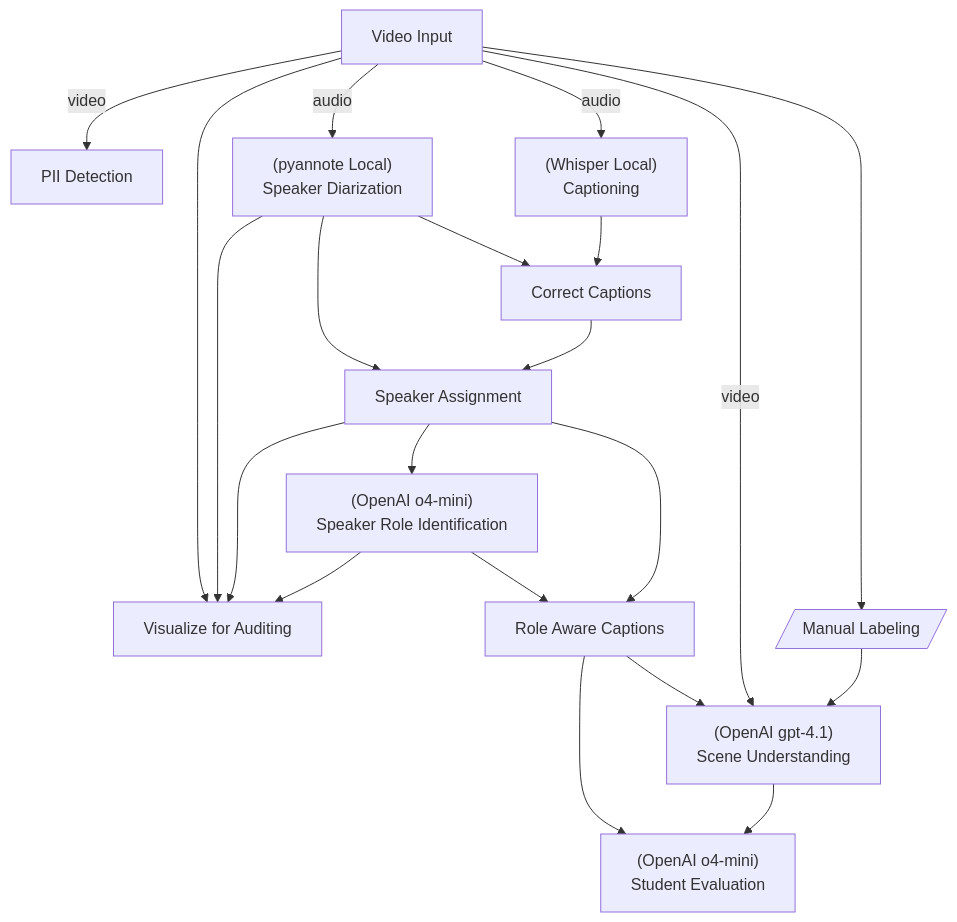
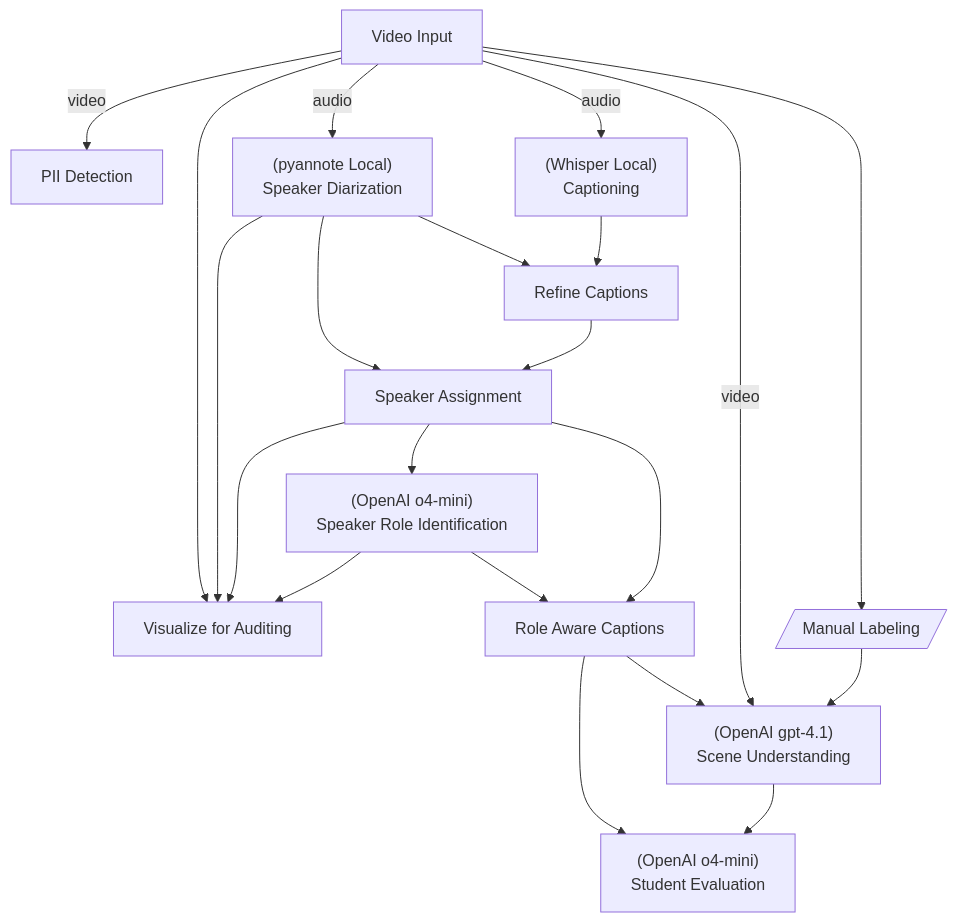
The first of 3 diagrams in src/video_understanding/README.md (hirak99/video-summarizer), drawn with Mermaid before and after one commit. The commit also changed other lines of this file and 2 other files, not shown here.

Commit message:
chore(video): minor renames and doc corrections

````diff
--- a/src/video_understanding/README.md
+++ b/src/video_understanding/README.md
@@ -13,24 +13,24 @@
 ```mermaid
 flowchart TD;
     A[Video Input]
     A -- video --> M[PII Detection]
     A --> I
     Diarization --> I[Visualize for Auditing]
     D --> I
     F --> I
     A -- audio --> Diarization["(pyannote Local)<br>"Speaker Diarization]
     A -- audio --> Captioning["(Whisper Local)<br>"Captioning]
     Diarization --> D
-    Diarization --> CorrectCaptions
-    Captioning --> CorrectCaptions[Correct Captions]
-    CorrectCaptions --> D[Speaker Assignment]
+    Diarization --> RefineCaptions
+    Captioning --> RefineCaptions[Refine Captions]
+    RefineCaptions --> D[Speaker Assignment]
     D --> F["(OpenAI o4-mini)<br>"Speaker Role Identification];
     F --> K[Role Aware Captions]
     D --> K
     K --> L["(OpenAI o4-mini)<br>"Student Evaluation]
     A -- video --> N["(OpenAI gpt-4.1)<br>Scene Understanding"]
     A --> LABELS["Manual Labeling"] --> N
     K --> N
     N --> L
     LABELS@{ shape: lean-r}
 ```
````
